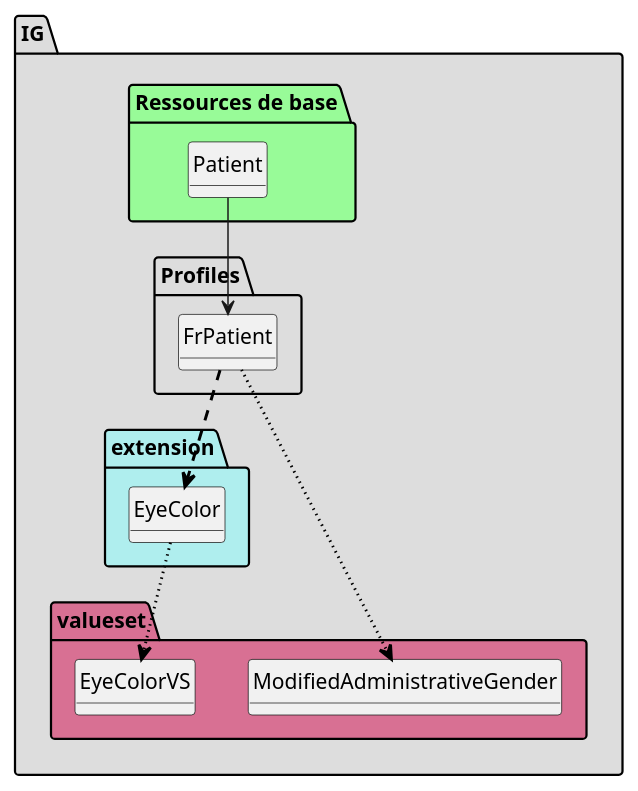
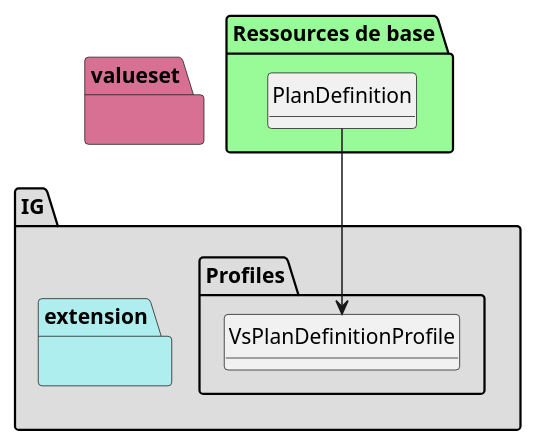
One commit to ansforge/IG-fhir-veille-sanitaire changed the diagram in main/plantuml/graph.puml. Above: the diagram before and after it, drawn with PlantUML. The commit also changed 183 other files, not shown here.

```diff
--- a/main/plantuml/graph.puml
+++ b/main/plantuml/graph.puml
@@ -1,48 +1,29 @@
 @startuml
 set namespaceSeparator ?
 hide circle
 hide class fields
 
 package IG #DDDDDD{
 
      package Profiles #DDDDDD{
 
-        class FrPatient{
+        class VsPlanDefinitionProfile{
 
-             Patient.extension:eyecolor => <&plus>[0..1]
-             Patient.identifier => [1..None]
-             Patient.identifier:INS => [1..1]
-             Patient.identifier:INS.system => [1..None]
-             Patient.gender => [None..None]
          }
 
      }
      package extension #paleturquoise {
 
-     FrPatient -[#black,dashed,thickness=2]-> EyeColor
 
-        class EyeColor{
-
-          Extension.extension => [None..0]
-          Extension.url => [None..None]
-          Extension.value[x] => [None..None]
          }
      }
      package valueset #PaleVioletRed{
-
-        class EyeColorVS  
-
-     EyeColor -[#black,dotted,thickness=2]-> EyeColorVS
-
-        class ModifiedAdministrativeGender  
-
-     FrPatient -[#black,dotted,thickness=2]-> ModifiedAdministrativeGender
        }
 
 package "Ressources de base" #palegreen {
 
- class "Patient" as  class01122a97dca927210827560cb7d76af8 
+ class "PlanDefinition" as  class0375201638a0df09e5ecd3c0b36df917 
 
-    class01122a97dca927210827560cb7d76af8 --> FrPatient
+    class0375201638a0df09e5ecd3c0b36df917 --> VsPlanDefinitionProfile
 }
 @enduml
```
